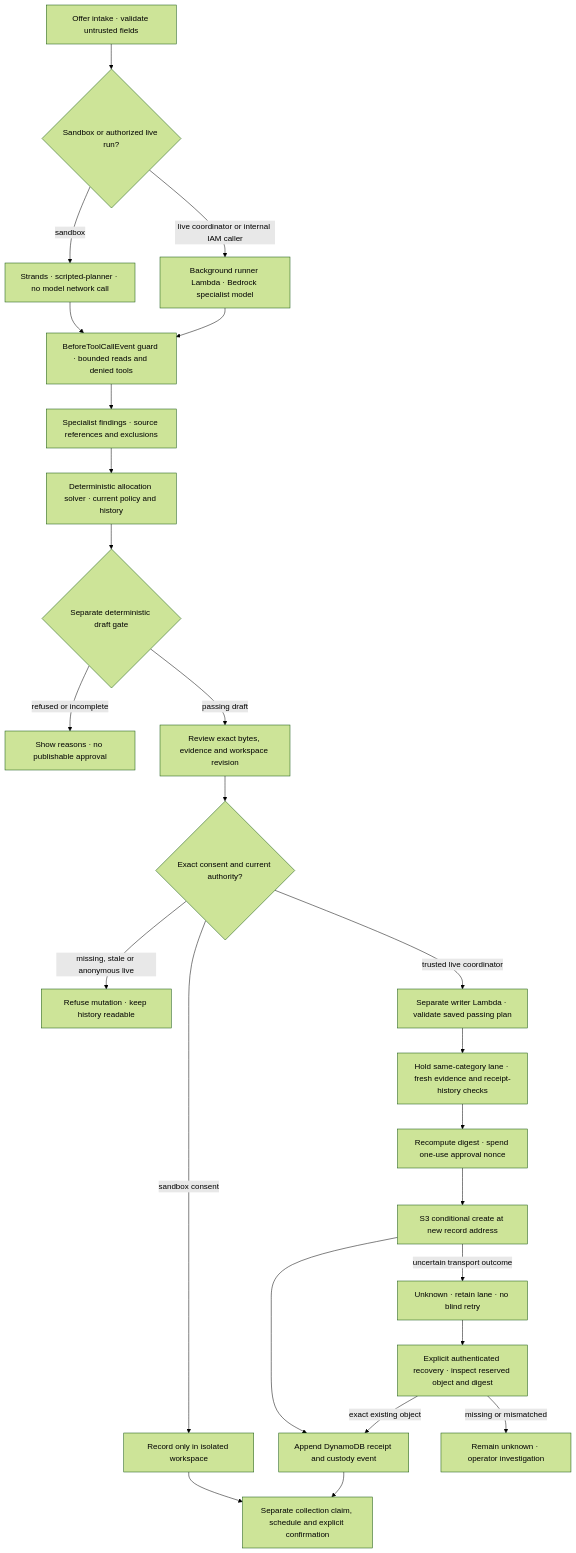
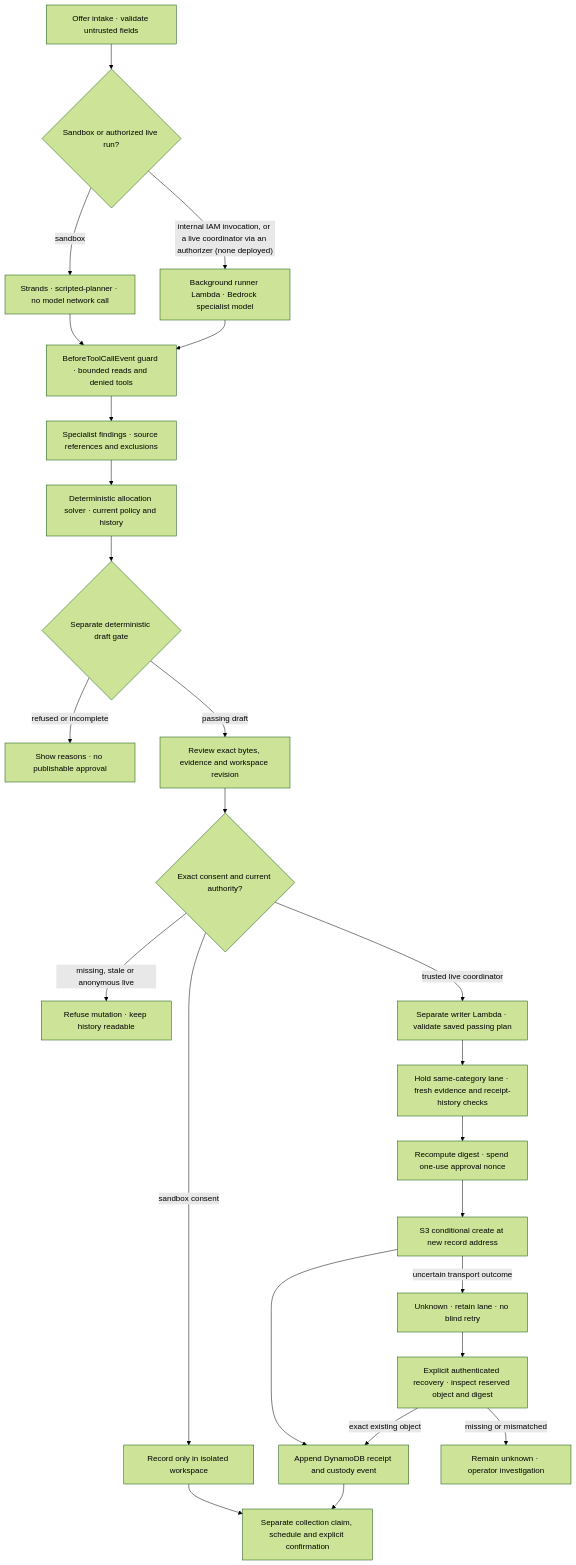
The diagram in docs/BEDROCK_AGENTCORE_ARCHITECTURE.md (upgradedev/merismos-aws), drawn with Mermaid (forest theme) before and after one commit. The commit also changed other lines of this file and 13 other files, not shown here.

````diff
--- a/docs/BEDROCK_AGENTCORE_ARCHITECTURE.md
+++ b/docs/BEDROCK_AGENTCORE_ARCHITECTURE.md
@@ -21,27 +35,27 @@
 ```mermaid
 flowchart TD
     Intake["Offer intake · validate untrusted fields"] --> Mode{"Sandbox or authorized live run?"}
     Mode -->|"sandbox"| Scripted["Strands · scripted-planner · no model network call"]
-    Mode -->|"live coordinator or internal IAM caller"| Runner["Background runner Lambda · Bedrock specialist model"]
+    Mode -->|"internal IAM invocation, or a live coordinator via an authorizer (none deployed)"| Runner["Background runner Lambda · Bedrock specialist model"]
     Scripted --> Guard["BeforeToolCallEvent guard · bounded reads and denied tools"]
     Runner --> Guard
     Guard --> Findings["Specialist findings · source references and exclusions"]
     Findings --> Solver["Deterministic allocation solver · current policy and history"]
     Solver --> Gate{"Separate deterministic draft gate"}
     Gate -->|"refused or incomplete"| Stop["Show reasons · no publishable approval"]
     Gate -->|"passing draft"| Review["Review exact bytes, evidence and workspace revision"]
     Review --> Consent{"Exact consent and current authority?"}
     Consent -->|"missing, stale or anonymous live"| Refuse["Refuse mutation · keep history readable"]
     Consent -->|"sandbox consent"| Sandbox["Record only in isolated workspace"]
     Consent -->|"trusted live coordinator"| Writer["Separate writer Lambda · validate saved passing plan"]
     Writer --> Fresh["Hold same-category lane · fresh evidence and receipt-history checks"]
     Fresh --> Nonce["Recompute digest · spend one-use approval nonce"]
     Nonce --> Create["S3 conditional create at new record address"]
     Create --> Receipt["Append DynamoDB receipt and custody event"]
     Create -->|"uncertain transport outcome"| Unknown["Unknown · retain lane · no blind retry"]
     Unknown --> Recover["Explicit authenticated recovery · inspect reserved object and digest"]
     Recover -->|"exact existing object"| Receipt
     Recover -->|"missing or mismatched"| Investigate["Remain unknown · operator investigation"]
     Sandbox --> Collection["Separate collection claim, schedule and explicit confirmation"]
     Receipt --> Collection
 ```
````
